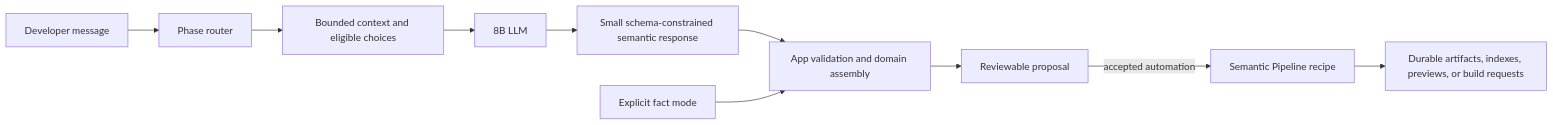
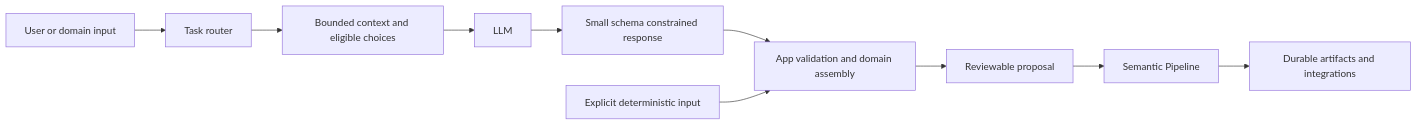
The third of 8 diagrams in README.md (Augmentedjs/llm_efficiency), drawn with Mermaid before and after one commit. The commit also changed other lines of this file, not shown here.

Commit message:
Clean README and fix GitHub Mermaid rendering

````diff
--- a/README.md
+++ b/README.md
@@ -158,13 +123,12 @@
 ```mermaid
-flowchart LR
-    A[Developer message] --> B[Phase router]
-    B --> C[Bounded context and eligible choices]
-    C --> D[8B LLM]
-    D --> E[Small schema-constrained semantic response]
-    E --> F[App validation and domain assembly]
-    F --> G[Reviewable proposal]
-    G -->|accepted automation| H[Semantic Pipeline recipe]
-    H --> I[Durable artifacts, indexes, previews, or build requests]
-
-    J[Explicit fact mode] --> F
+graph LR;
+    A[User or domain input] --> B[Task router];
+    B --> C[Bounded context and eligible choices];
+    C --> D[LLM];
+    D --> E[Small schema constrained response];
+    E --> F[App validation and domain assembly];
+    F --> G[Reviewable proposal];
+    G --> H[Semantic Pipeline];
+    H --> I[Durable artifacts and integrations];
+    J[Explicit deterministic input] --> F;
 ```
````
